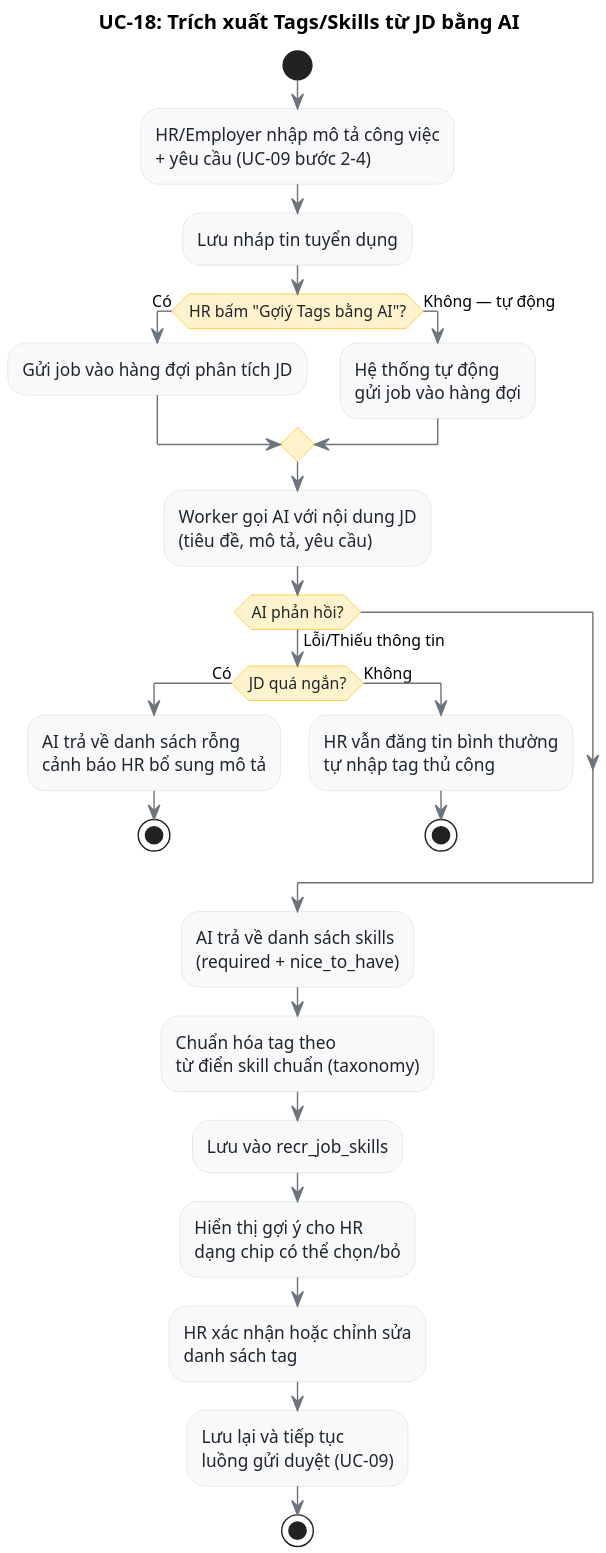
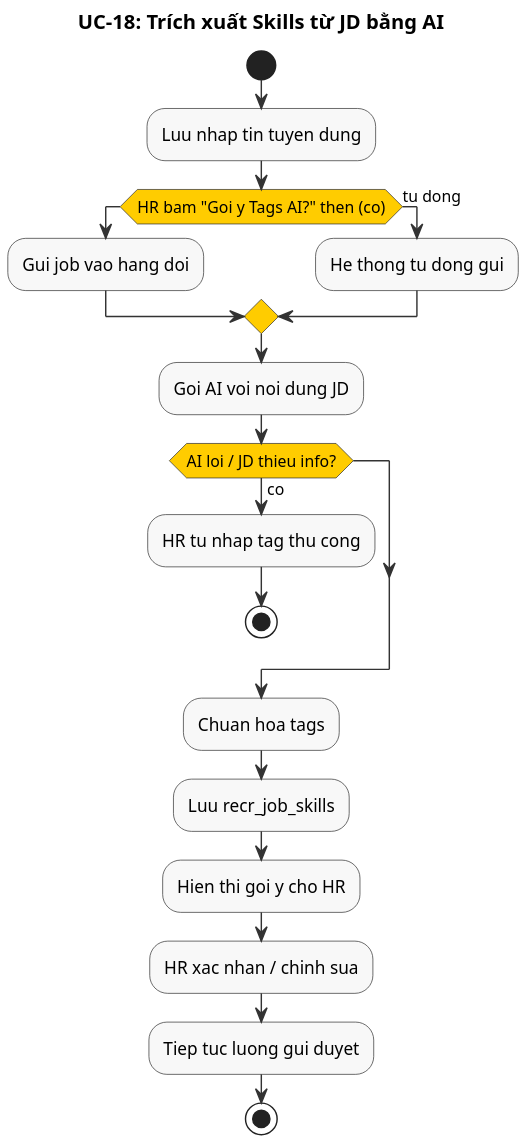
One commit to namnh240795/document changed the diagram in modules/recr/diagrams/activity/uc18-jd-skill-extraction-activity.puml. Above: the diagram before and after it, drawn with PlantUML. The commit also changed 23 other files, not shown here.

First line of the commit message:
refactor(recr): standardize diagram style for UC-16 to UC-19

```diff
--- a/modules/recr/diagrams/activity/uc18-jd-skill-extraction-activity.puml
+++ b/modules/recr/diagrams/activity/uc18-jd-skill-extraction-activity.puml
@@ -1,49 +1,43 @@
-@startuml uc18-jd-skill-extraction-activity
-title UC-18: Trích xuất Tags/Skills từ JD bằng AI
+@startuml
+' UC-18: Trích xuất Skills từ JD - Sơ đồ Hoạt động
 skinparam dpi 200
-skinparam activityBackgroundColor #f8f9fa
-skinparam activityBorderColor #dee2e6
-skinparam activityFontColor #212529
-skinparam activityDiamondBackgroundColor #fff3cd
-skinparam activityDiamondBorderColor #ffc107
-skinparam arrowColor #6c757d
+skinparam activity {
+  BackgroundColor #F8F8F8
+  BorderColor #333333
+  ArrowColor #333333
+  DiamondBackgroundColor #FFCC00
+  DiamondBorderColor #333333
+}
+
+title UC-18: Trích xuất Skills từ JD bằng AI
 
 start
 
-:HR/Employer nhập mô tả công việc\n+ yêu cầu (UC-09 bước 2-4);
+:Luu nhap tin tuyen dung;
 
-:Lưu nháp tin tuyển dụng;
-
-if (HR bấm "Gợiý Tags bằng AI"?) then (Có)
-  :Gửi job vào hàng đợi phân tích JD;
-else (Không — tự động)
-  :Hệ thống tự động\ngửi job vào hàng đợi;
+if (HR bam "Goi y Tags AI?" then (co))
+  :Gui job vao hang doi;
+else (tu dong)
+  :He thong tu dong gui;
 endif
 
-:Worker gọi AI với nội dung JD\n(tiêu đề, mô tả, yêu cầu);
+:Goi AI voi noi dung JD;
 
-if (AI phản hồi?) then (Lỗi/Thiếu thông tin)
-  if (JD quá ngắn?) then (Có)
-    :AI trả về danh sách rỗng\ncảnh báo HR bổ sung mô tả;
-    stop
-  else (Không)
-    :HR vẫn đăng tin bình thường\ntự nhập tag thủ công;
-    stop
-  endif
+if (AI loi / JD thieu info?) then (co)
+  :HR tu nhap tag thu cong;
+  stop
 endif
 
-:AI trả về danh sách skills\n(required + nice_to_have);
+:Chuan hoa tags;
 
-:Chuẩn hóa tag theo\ntừ điển skill chuẩn (taxonomy);
+:Luu recr_job_skills;
 
-:Lưu vào recr_job_skills;
+:Hien thi goi y cho HR;
 
-:Hiển thị gợi ý cho HR\ndạng chip có thể chọn/bỏ;
+:HR xac nhan / chinh sua;
 
-:HR xác nhận hoặc chỉnh sửa\ndanh sách tag;
-
-:Lưu lại và tiếp tục\nluồng gửi duyệt (UC-09);
+:Tiep tuc luong gui duyet;
 
 stop
 
 @enduml
```
